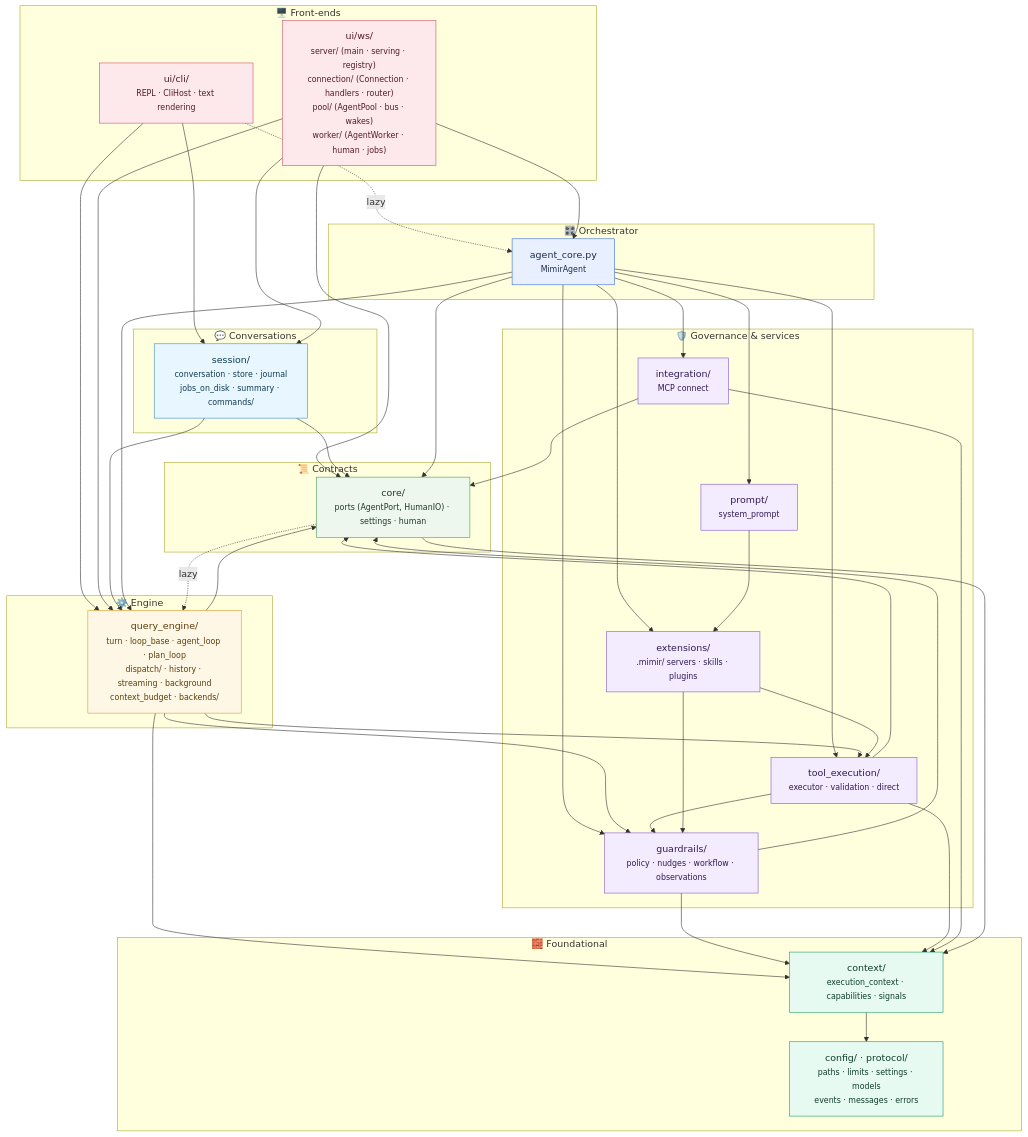
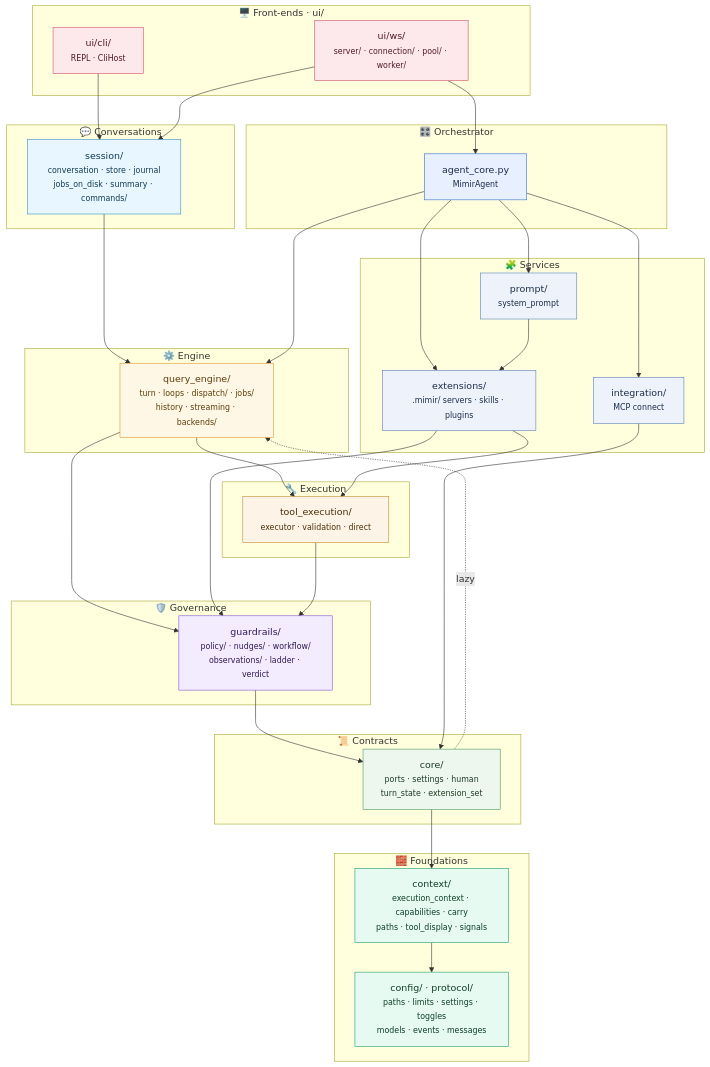
The diagram in ARCHITECTURE.md (MIMIR-LLM4CSE/MIMIR), drawn with Mermaid before and after one commit. The commit also changed other lines of this file and 5 other files, not shown here.

````diff
--- a/ARCHITECTURE.md
+++ b/ARCHITECTURE.md
@@ -13,8 +16,8 @@
 ```mermaid
 graph TD
-    subgraph FE["🖥️ Front-ends"]
-        cli["ui/cli/<br/><small>REPL · CliHost · text rendering</small>"]
-        ws["ui/ws/<br/><small>server/ (main · serving · registry)<br/>connection/ (Connection · handlers · router)<br/>pool/ (AgentPool · bus · wakes)<br/>worker/ (AgentWorker · human · jobs)</small>"]
+    subgraph FE["🖥️ Front-ends · ui/"]
+        cli["ui/cli/<br/><small>REPL · CliHost</small>"]
+        ws["ui/ws/<br/><small>server/ · connection/ · pool/ · worker/</small>"]
     end
     subgraph SES["💬 Conversations"]
         session["session/<br/><small>conversation · store · journal<br/>jobs_on_disk · summary · commands/</small>"]
@@ -23,65 +26,52 @@
         agent["agent_core.py<br/><small>MimirAgent</small>"]
     end
     subgraph ENG["⚙️ Engine"]
-        qe["query_engine/<br/><small>turn · loop_base · agent_loop · plan_loop<br/>dispatch/ · history · streaming · background<br/>context_budget · backends/</small>"]
+        qe["query_engine/<br/><small>turn · loops · dispatch/ · jobs/<br/>history · streaming · backends/</small>"]
     end
-    subgraph GOV["🛡️ Governance &amp; services"]
-        guard["guardrails/<br/><small>policy · nudges · workflow · observations</small>"]
+    subgraph SVC["🧩 Services"]
         prompt["prompt/<br/><small>system_prompt</small>"]
         ext["extensions/<br/><small>.mimir/ servers · skills · plugins</small>"]
         integ["integration/<br/><small>MCP connect</small>"]
+    end
+    subgraph EXE["🔧 Execution"]
         te["tool_execution/<br/><small>executor · validation · direct</small>"]
     end
+    subgraph GOV["🛡️ Governance"]
+        guard["guardrails/<br/><small>policy/ · nudges/ · workflow/<br/>observations/ · ladder · verdict</small>"]
+    end
     subgraph CON["📜 Contracts"]
-        core["core/<br/><small>ports (AgentPort, HumanIO) · settings · human</small>"]
+        core["core/<br/><small>ports · settings · human<br/>turn_state · extension_set</small>"]
     end
-    subgraph FND["🧱 Foundational"]
-        ctx["context/<br/><small>execution_context · capabilities · signals</small>"]
-        cfg["config/ · protocol/<br/><small>paths · limits · settings · models<br/>events · messages · errors</small>"]
+    subgraph FND["🧱 Foundations"]
+        ctx["context/<br/><small>execution_context · capabilities · carry<br/>paths · tool_display · signals</small>"]
+        cfg["config/ · protocol/<br/><small>paths · limits · settings · toggles<br/>models · events · messages</small>"]
     end
 
     cli --> session
-    cli --> qe
-    cli -.->|lazy| agent
     ws --> session
     ws --> agent
-    ws --> qe
-    ws --> core
-
-    session --> core
     session --> qe
-
     agent --> qe
-    agent --> guard
     agent --> prompt
+    agent --> integ
     agent --> ext
-    agent --> integ
-    agent --> te
-    agent --> core
-
+    prompt --> ext
+    qe --> te
     qe --> guard
-    qe --> te
-    qe --> core
-    qe --> ctx
-
+    ext --> te
+    ext --> guard
+    te --> guard
     guard --> core
-    guard --> ctx
-    te --> guard
-    te --> core
-    te --> ctx
-    prompt --> ext
-    ext --> guard
-    ext --> te
     integ --> core
-    integ --> ctx
-
     core --> ctx
+    ctx --> cfg
     core -.->|lazy| qe
-    ctx --> cfg
 
     classDef fnd fill:#e6faf1,stroke:#1f9d6a,color:#0f3d29;
     classDef con fill:#eef7ee,stroke:#4a9d5b,color:#1e3a24;
     classDef gov fill:#f3ecff,stroke:#8257d1,color:#2e1a52;
+    classDef exe fill:#fdf3e7,stroke:#c98a2b,color:#4a300a;
+    classDef svc fill:#eef3fb,stroke:#5a7fbf,color:#1c2c48;
     classDef eng fill:#fff7e6,stroke:#d99a2b,color:#5a3d0a;
     classDef orch fill:#e8f0ff,stroke:#3b6fd4,color:#1a2a4a;
     classDef ses fill:#e8f6ff,stroke:#3a8fc4,color:#123a52;
@@ -91,7 +81,9 @@
     class session ses;
     class agent orch;
     class qe eng;
-    class guard,prompt,ext,integ,te gov;
+    class prompt,ext,integ svc;
+    class te exe;
+    class guard gov;
     class core con;
     class ctx,cfg fnd;
 ```
````
